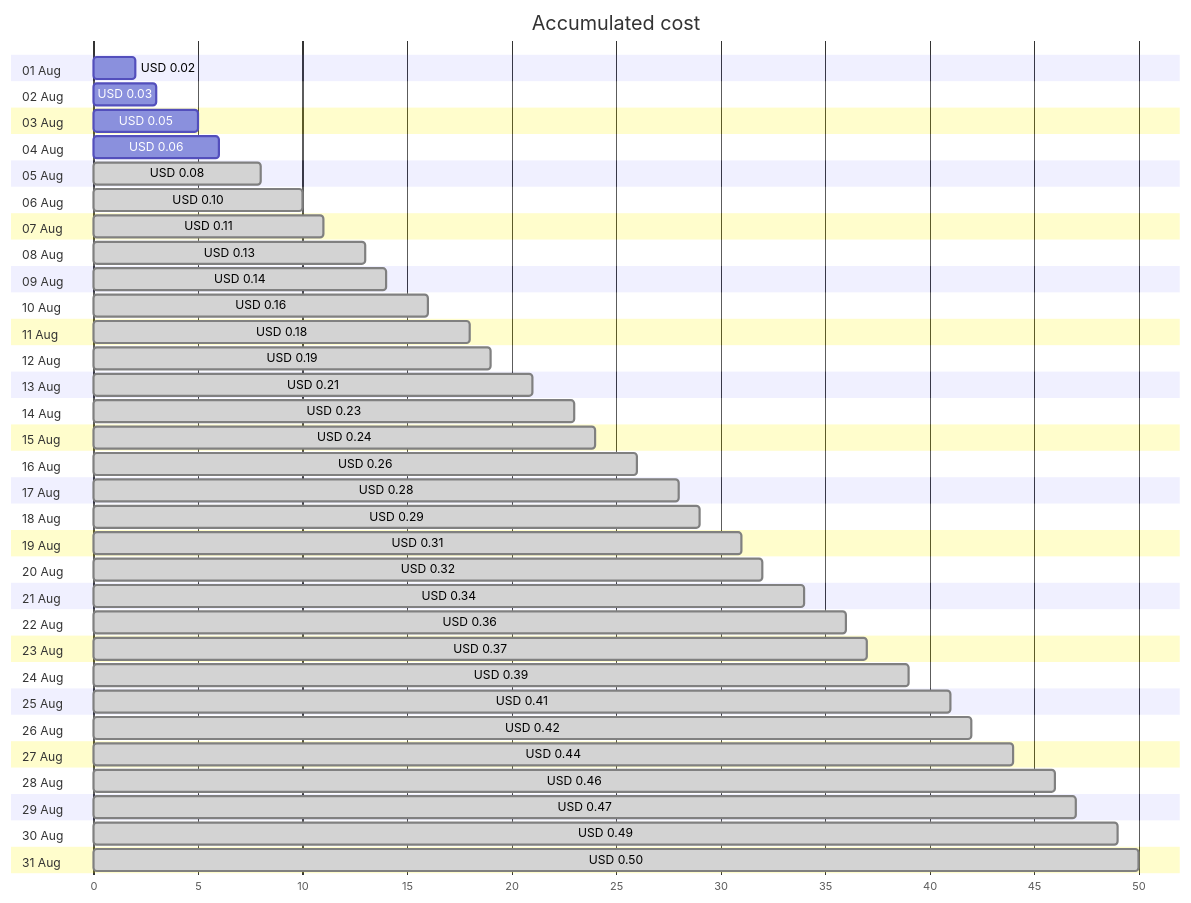
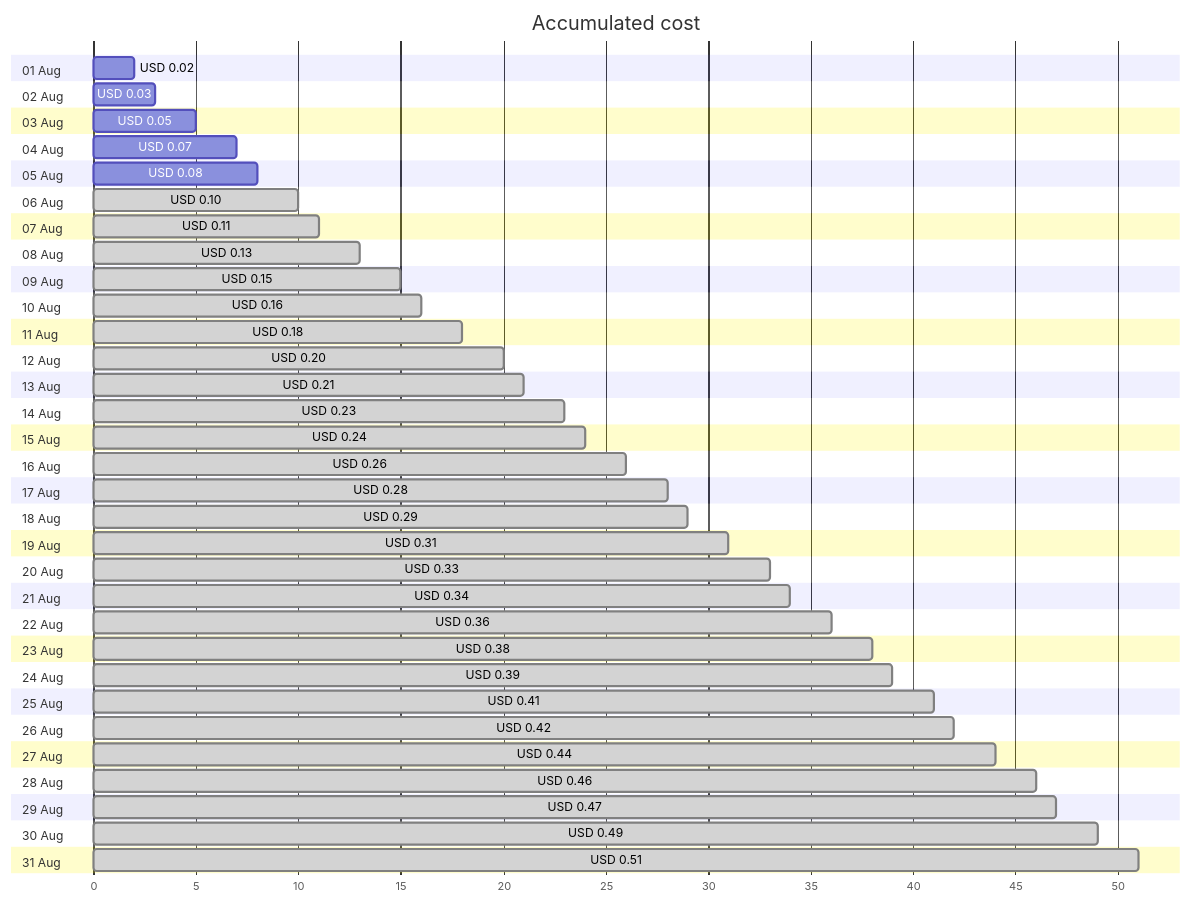
One commit to jpfulton/azure-personal-reports changed the first of 4 diagrams in cost-reports/personal-dns/jpatrickfulton.com.md. Above: the diagram before and after it, drawn with Mermaid. The commit also changed other lines of this file and 2 other files, not shown here.

````diff
--- a/cost-reports/personal-dns/jpatrickfulton.com.md
+++ b/cost-reports/personal-dns/jpatrickfulton.com.md
@@ -20,68 +20,68 @@
 ```mermaid
 gantt
    title Accumulated cost
    dateFormat  X
    axisFormat %s
    section 01 Aug
    USD 0.02 :0, 2
    section 02 Aug
    USD 0.03 :0, 3
    section 03 Aug
    USD 0.05 :0, 5
    section 04 Aug
-   USD 0.06 :0, 6
+   USD 0.07 :0, 7
    section 05 Aug
-   USD 0.08 : done, 0, 8
+   USD 0.08 :0, 8
    section 06 Aug
    USD 0.10 : done, 0, 10
    section 07 Aug
    USD 0.11 : done, 0, 11
    section 08 Aug
    USD 0.13 : done, 0, 13
    section 09 Aug
-   USD 0.14 : done, 0, 14
+   USD 0.15 : done, 0, 15
    section 10 Aug
    USD 0.16 : done, 0, 16
    section 11 Aug
    USD 0.18 : done, 0, 18
    section 12 Aug
-   USD 0.19 : done, 0, 19
+   USD 0.20 : done, 0, 20
    section 13 Aug
    USD 0.21 : done, 0, 21
    section 14 Aug
    USD 0.23 : done, 0, 23
    section 15 Aug
    USD 0.24 : done, 0, 24
    section 16 Aug
    USD 0.26 : done, 0, 26
    section 17 Aug
    USD 0.28 : done, 0, 28
    section 18 Aug
    USD 0.29 : done, 0, 29
    section 19 Aug
    USD 0.31 : done, 0, 31
    section 20 Aug
-   USD 0.32 : done, 0, 32
+   USD 0.33 : done, 0, 33
    section 21 Aug
    USD 0.34 : done, 0, 34
    section 22 Aug
    USD 0.36 : done, 0, 36
    section 23 Aug
-   USD 0.37 : done, 0, 37
+   USD 0.38 : done, 0, 38
    section 24 Aug
    USD 0.39 : done, 0, 39
    section 25 Aug
    USD 0.41 : done, 0, 41
    section 26 Aug
    USD 0.42 : done, 0, 42
    section 27 Aug
    USD 0.44 : done, 0, 44
    section 28 Aug
    USD 0.46 : done, 0, 46
    section 29 Aug
    USD 0.47 : done, 0, 47
    section 30 Aug
    USD 0.49 : done, 0, 49
    section 31 Aug
-   USD 0.50 : done, 0, 50
+   USD 0.51 : done, 0, 51
 ```
````
